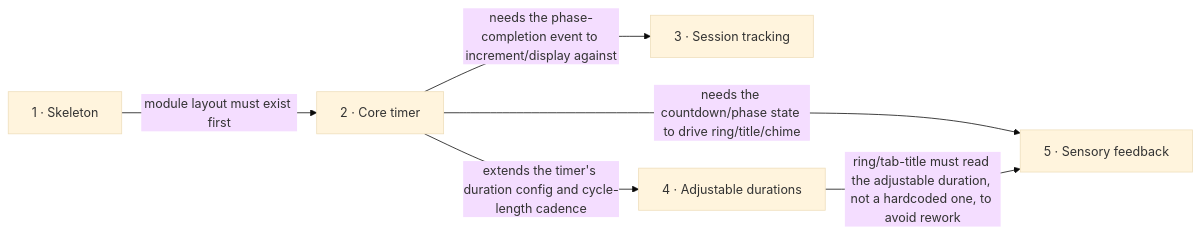
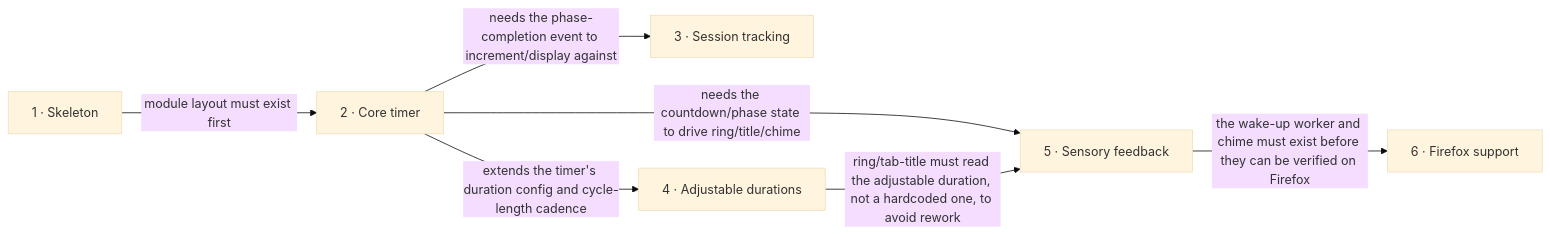
One commit to skush/pomodoro changed the diagram in docs/roadmap.md. Above: the diagram before and after it, drawn with Mermaid (base theme). The commit also changed other lines of this file and 12 other files, not shown here.

First line of the commit message:
docs(sensory-feedback): exclude Firefox from the background timing promise, add roadmap step 6

````diff
--- a/docs/roadmap.md
+++ b/docs/roadmap.md
@@ -54,8 +55,9 @@
 ```mermaid
 flowchart LR
   s1["1 · Skeleton"] -->|module layout must exist first| s2["2 · Core timer"]
   s2 -->|needs the phase-completion event to increment/display against| s3["3 · Session tracking"]
   s2 -->|extends the timer's duration config and cycle-length cadence| s4["4 · Adjustable durations"]
   s2 -->|needs the countdown/phase state to drive ring/title/chime| s5["5 · Sensory feedback"]
   s4 -->|ring/tab-title must read the adjustable duration, not a hardcoded one, to avoid rework| s5
+  s5 -->|the wake-up worker and chime must exist before they can be verified on Firefox| s6["6 · Firefox support"]
 ```
````
